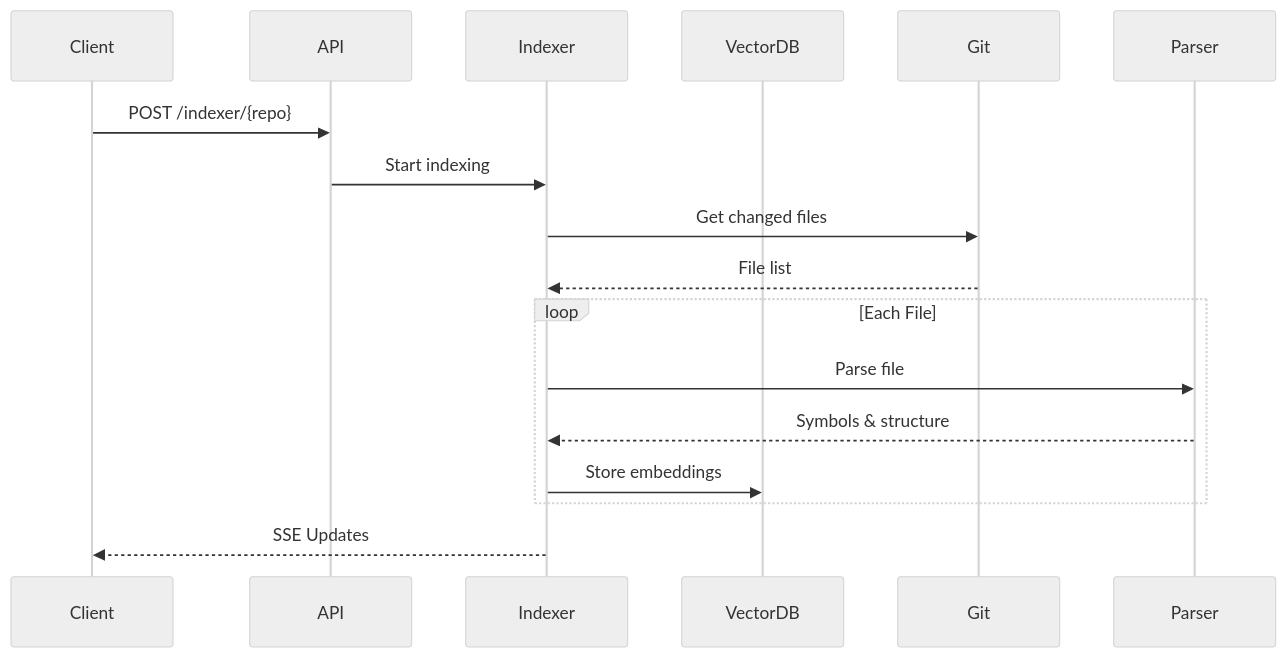
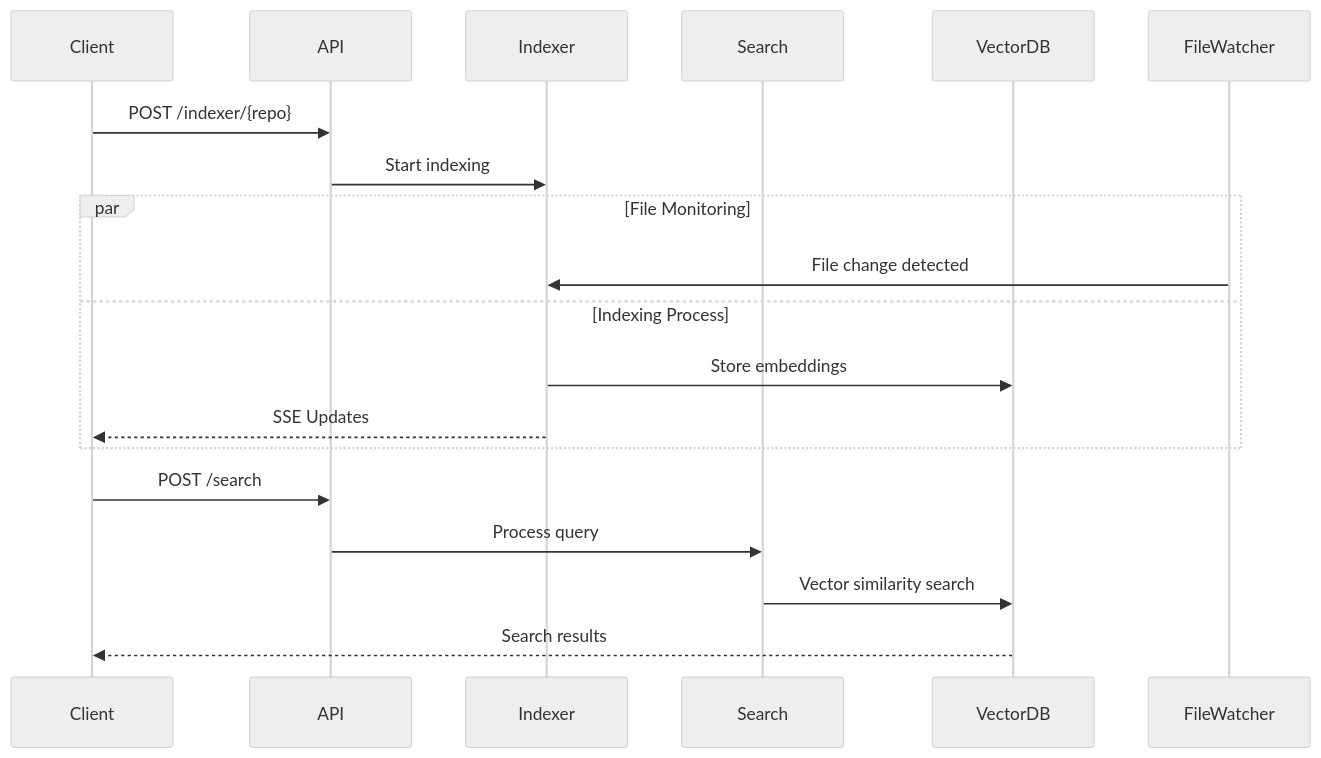
One commit to tranquilo12/woolly changed the second of 3 diagrams in Indexer-Documentation.md. Above: the diagram before and after it, drawn with Mermaid (neutral theme). The commit also changed other lines of this file and 8 other files, not shown here.

````diff
--- a/Indexer-Documentation.md
+++ b/Indexer-Documentation.md
@@ -252,20 +238,24 @@
 ```mermaid
 sequenceDiagram
     participant Client
     participant API
     participant Indexer
+    participant Search
     participant VectorDB
-    participant Git
-    participant Parser
+    participant FileWatcher
 
     Client->>API: POST /indexer/{repo}
     API->>Indexer: Start indexing
-    Indexer->>Git: Get changed files
-    Git-->>Indexer: File list
-    loop Each File
-        Indexer->>Parser: Parse file
-        Parser-->>Indexer: Symbols & structure
+
+    par File Monitoring
+        FileWatcher->>Indexer: File change detected
+    and Indexing Process
         Indexer->>VectorDB: Store embeddings
+        Indexer-->>Client: SSE Updates
     end
-    Indexer-->>Client: SSE Updates
+
+    Client->>API: POST /search
+    API->>Search: Process query
+    Search->>VectorDB: Vector similarity search
+    VectorDB-->>Client: Search results
 ```
````
